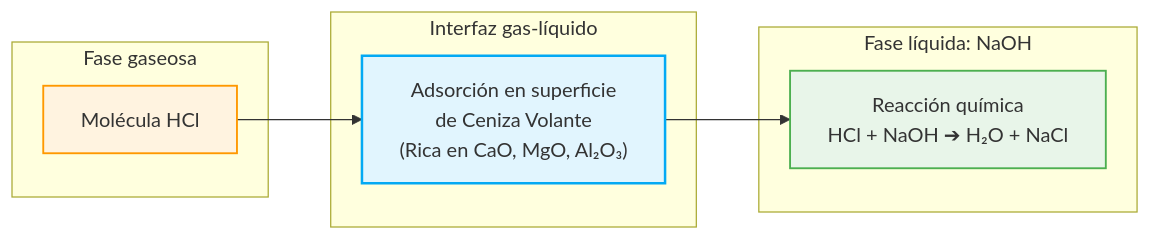
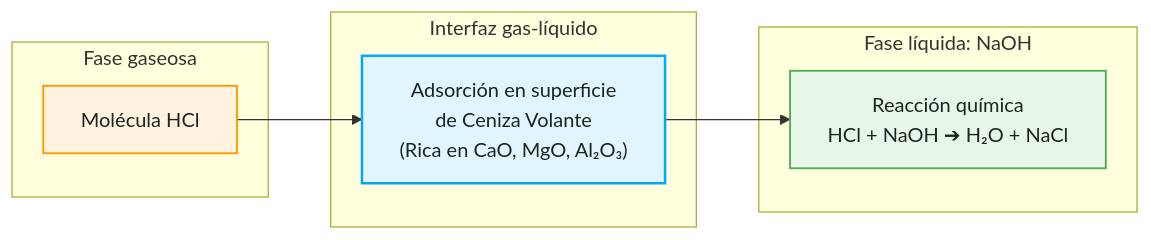
One commit to elvissalcedo/elvissalcedo.github.io changed the third of 3 diagrams in _posts/2026-09-17-lavador-venturi.md. Above: the diagram before and after it, drawn with Mermaid. The commit also changed other lines of this file and 1 other file, not shown here.

First line of the commit message:
fix(mermaid): diagramas con la paleta del sitio y legibles en modo oscuro

````diff
--- a/_posts/2026-09-17-lavador-venturi.md
+++ b/_posts/2026-09-17-lavador-venturi.md
@@ -198,26 +198,26 @@
 ```mermaid
 graph LR
     %% Bloque de la Fase Gaseosa
     subgraph Fase_Gaseosa [Fase gaseosa]
         A[Molécula HCl]
     end
 
     %% Bloque de la Interfaz
     subgraph Interfaz [Interfaz gas-líquido]
         B["Adsorción en superficie\nde Ceniza Volante\n(Rica en CaO, MgO, Al₂O₃)"]
     end
 
     %% Bloque de la Fase Líquida
     subgraph Fase_Liquida [Fase líquida: NaOH]
         C["Reacción química\nHCl + NaOH ➔ H₂O + NaCl"]
     end
 
     %% Conexiones del flujo del proceso
     A --> B
     B --> C
 
     %% Estilos estéticos profesionales
-    style A fill:#fff3e0,stroke:#ff9800,stroke-width:1.5px
-    style B fill:#e1f5fe,stroke:#03a9f4,stroke-width:2px
-    style C fill:#e8f5e9,stroke:#4caf50,stroke-width:1.5px
+    style A fill:#fff3e0,stroke:#ff9800,stroke-width:1.5px,color:#1c2621
+    style B fill:#e1f5fe,stroke:#03a9f4,stroke-width:2px,color:#1c2621
+    style C fill:#e8f5e9,stroke:#4caf50,stroke-width:1.5px,color:#1c2621
 ```
````
